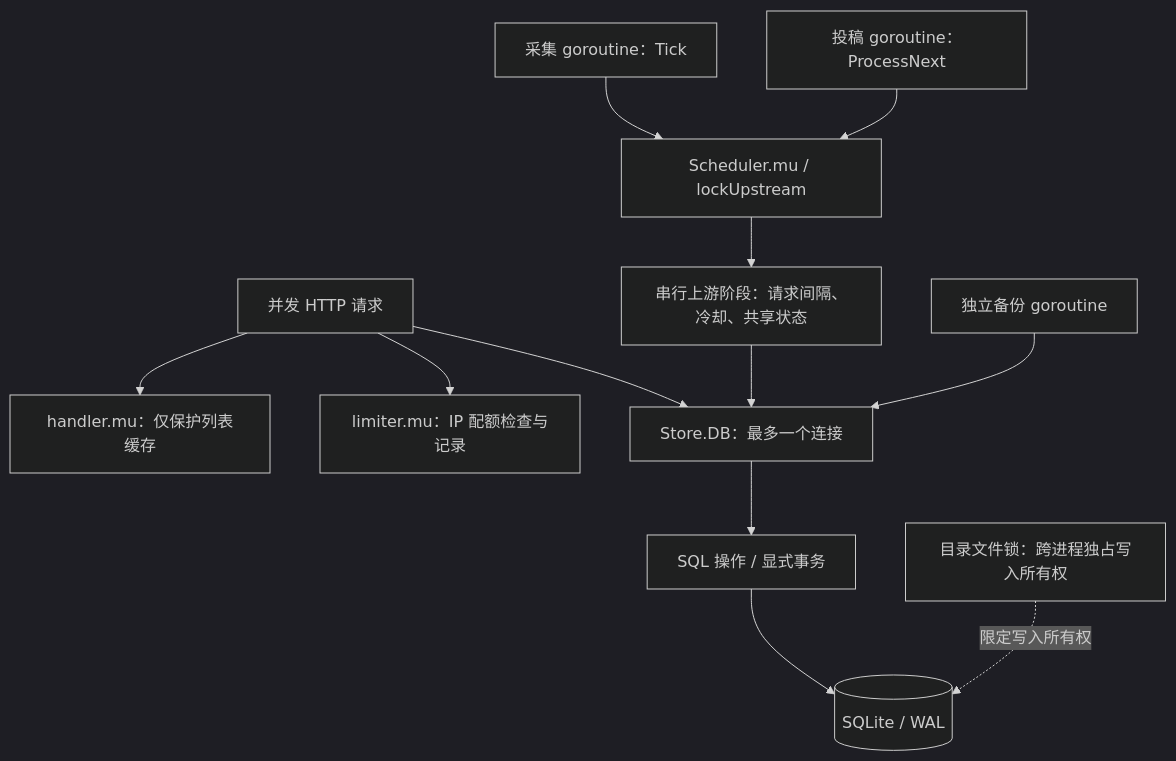
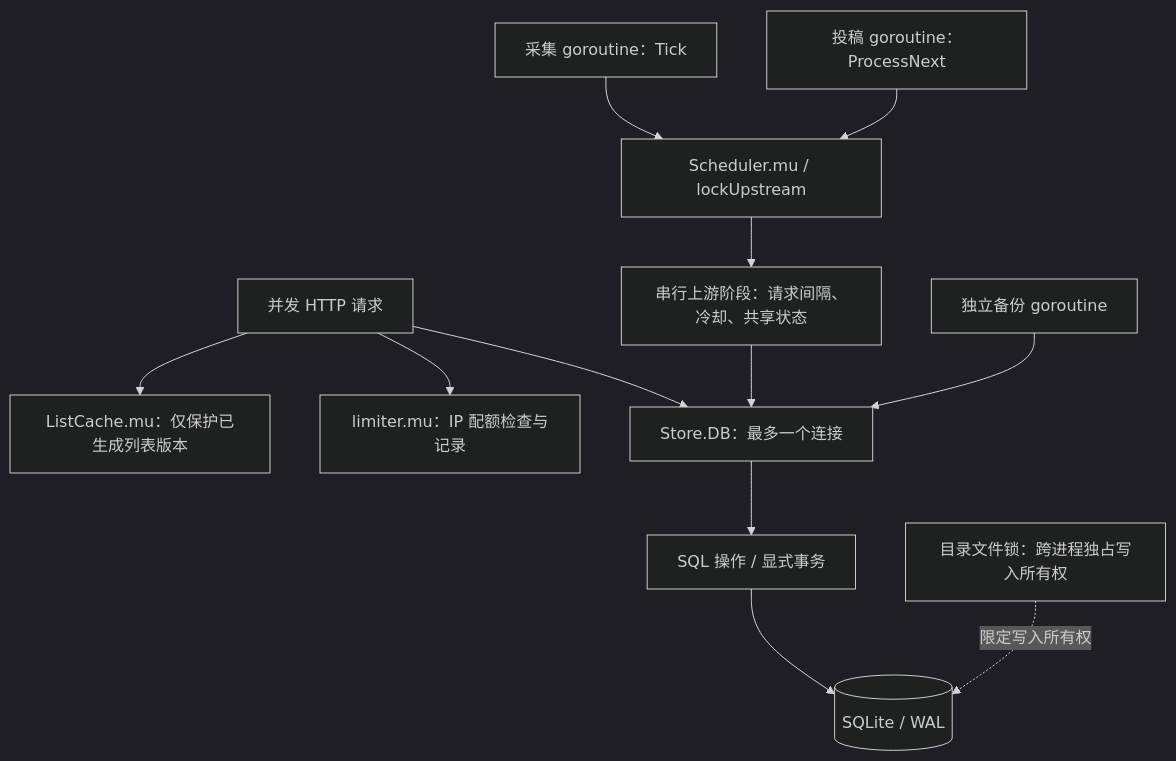
One commit to lizhian/github-trending-tracking changed the seventh of 8 diagrams in docs/go-learning-guide.md. Above: the diagram before and after it, drawn with Mermaid (dark theme). The commit also changed other lines of this file and 24 other files, not shown here.

````diff
--- a/docs/go-learning-guide.md
+++ b/docs/go-learning-guide.md
@@ -437,14 +437,14 @@
 ```mermaid
 flowchart TB
-    Requests["并发 HTTP 请求"] --> Cache["handler.mu：仅保护列表缓存"]
+    Requests["并发 HTTP 请求"] --> Cache["ListCache.mu：仅保护已生成列表版本"]
     Requests --> Limiter["limiter.mu：IP 配额检查与记录"]
     Requests --> Pool["Store.DB：最多一个连接"]
     Sampler["采集 goroutine：Tick"] --> Lock["Scheduler.mu / lockUpstream"]
     Submitter["投稿 goroutine：ProcessNext"] --> Lock
     Lock --> Network["串行上游阶段：请求间隔、冷却、共享状态"]
     Network --> Pool
     Backup["独立备份 goroutine"] --> Pool
     Pool --> Tx["SQL 操作 / 显式事务"]
     Tx --> SQLite[("SQLite / WAL")]
     ProcessLock["目录文件锁：跨进程独占写入所有权"] -.->|"限定写入所有权"| SQLite
 ```
````
